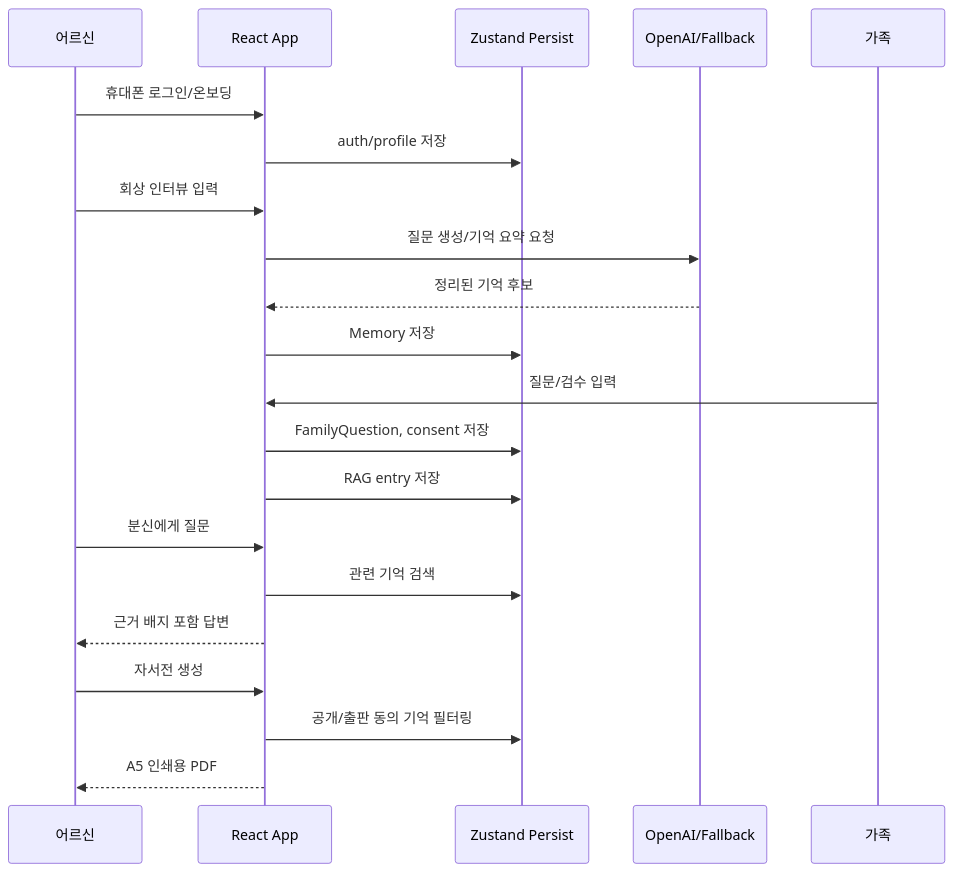
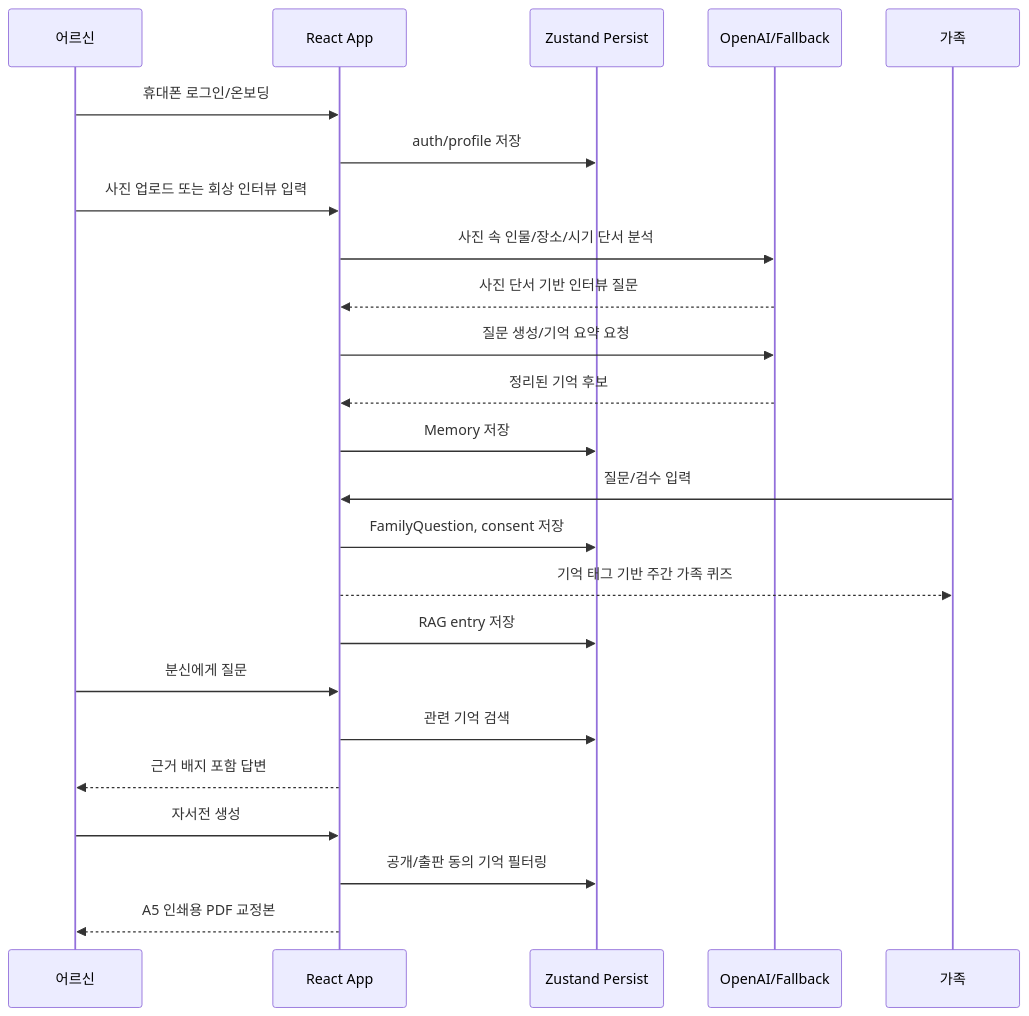
The second of 4 diagrams in docs/technical-architecture.md (moondh99/dearlog), drawn with Mermaid before and after one commit. The commit also changed other lines of this file and 111 other files, not shown here.

Commit message:
feat: integrate mobile-first frontend flow with local API, SQLite backend & Zustand store

````diff
--- a/docs/technical-architecture.md
+++ b/docs/technical-architecture.md
@@ -38,24 +45,27 @@
 ```mermaid
 sequenceDiagram
   participant User as 어르신
   participant App as React App
   participant Store as Zustand Persist
   participant AI as OpenAI/Fallback
   participant Family as 가족
 
   User->>App: 휴대폰 로그인/온보딩
   App->>Store: auth/profile 저장
-  User->>App: 회상 인터뷰 입력
+  User->>App: 사진 업로드 또는 회상 인터뷰 입력
+  App->>AI: 사진 속 인물/장소/시기 단서 분석
+  AI-->>App: 사진 단서 기반 인터뷰 질문
   App->>AI: 질문 생성/기억 요약 요청
   AI-->>App: 정리된 기억 후보
   App->>Store: Memory 저장
   Family->>App: 질문/검수 입력
   App->>Store: FamilyQuestion, consent 저장
+  App-->>Family: 기억 태그 기반 주간 가족 퀴즈
   App->>Store: RAG entry 저장
   User->>App: 분신에게 질문
   App->>Store: 관련 기억 검색
   App-->>User: 근거 배지 포함 답변
   User->>App: 자서전 생성
   App->>Store: 공개/출판 동의 기억 필터링
-  App-->>User: A5 인쇄용 PDF
+  App-->>User: A5 인쇄용 PDF 교정본
 ```
````
